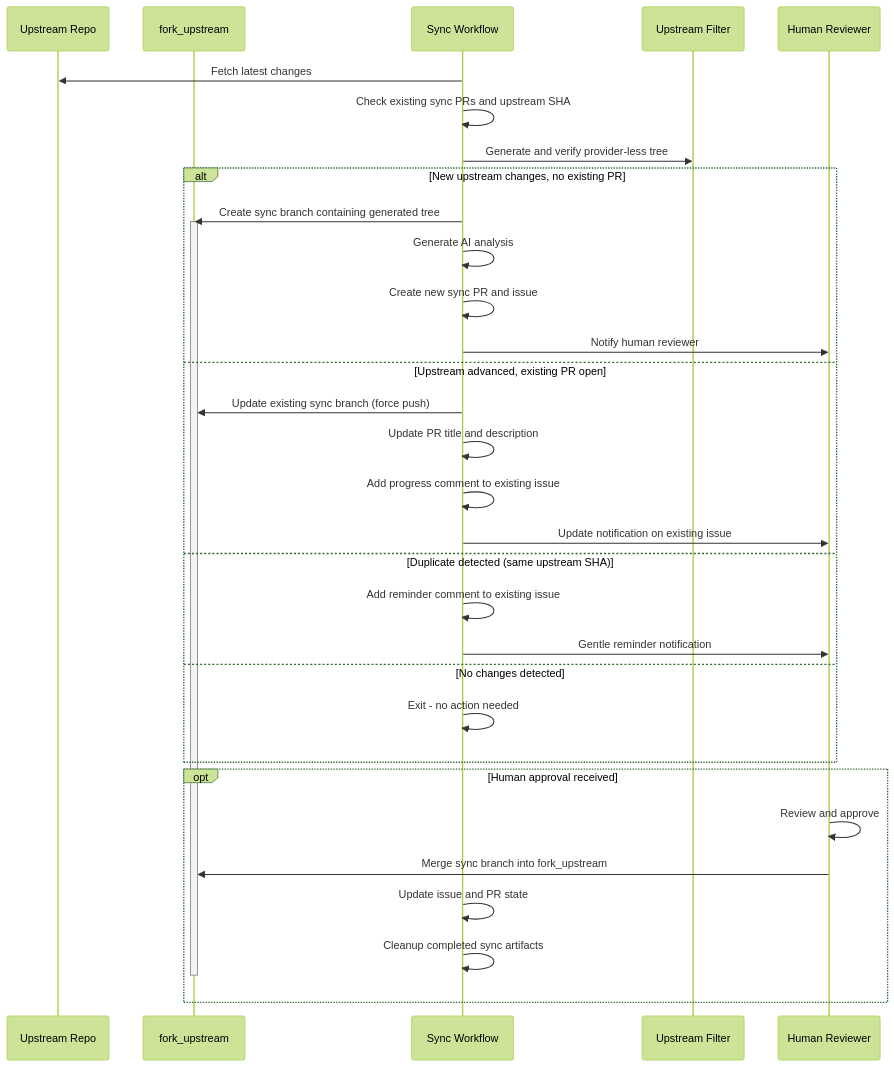
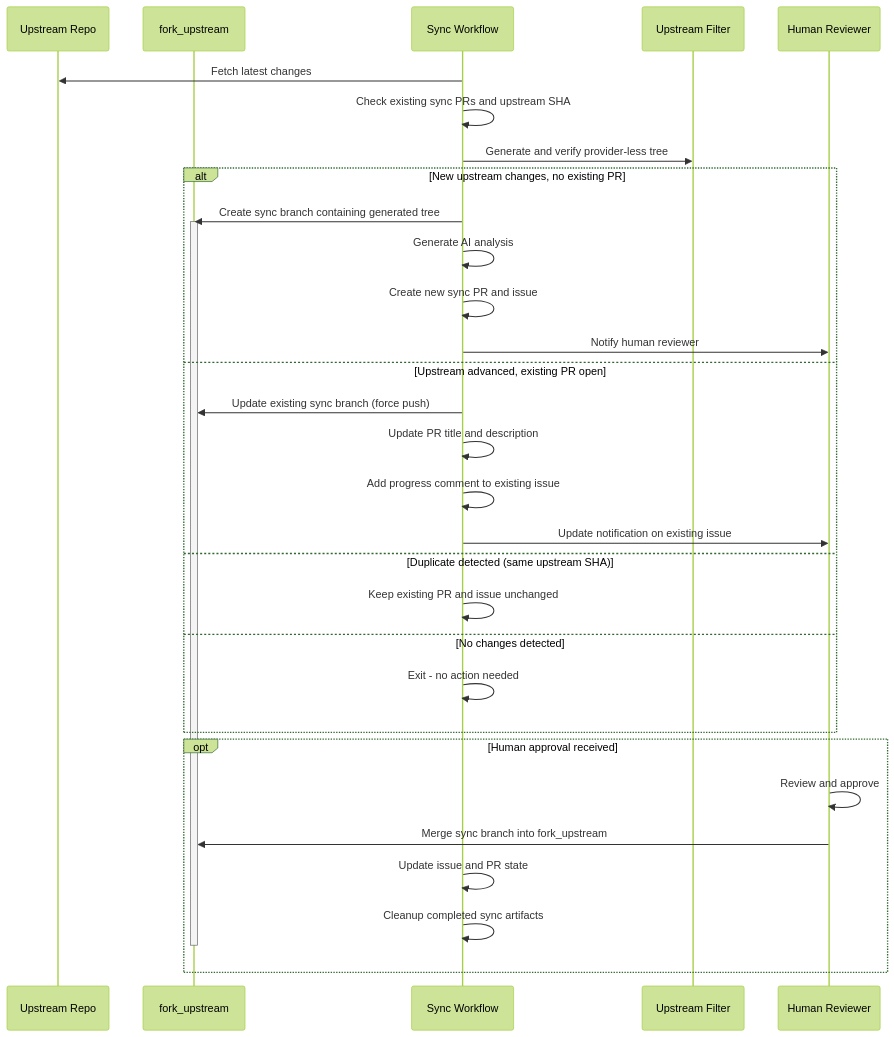
The second of 4 diagrams in doc/src/architecture/three_branch_strategy.md (Azure/osdu-spi), drawn with Mermaid (forest theme) before and after one commit. The commit also changed 6 other files, not shown here.

First line of the commit message:
fix: keep unchanged sync cycles silent

````diff
--- a/doc/src/architecture/three_branch_strategy.md
+++ b/doc/src/architecture/three_branch_strategy.md
@@ -76,38 +76,37 @@
 ```mermaid
 sequenceDiagram
     participant U as Upstream Repo
     participant FU as fork_upstream
     participant S as Sync Workflow
     participant F as Upstream Filter
     participant H as Human Reviewer
     
     S->>U: Fetch latest changes
     S->>S: Check existing sync PRs and upstream SHA
     S->>F: Generate and verify provider-less tree
     
     alt New upstream changes, no existing PR
         S->>FU: Create sync branch containing generated tree
         activate FU
         S->>S: Generate AI analysis
         S->>S: Create new sync PR and issue
         S->>H: Notify human reviewer
     else Upstream advanced, existing PR open
         S->>FU: Update existing sync branch (force push)
         S->>S: Update PR title and description
         S->>S: Add progress comment to existing issue
         S->>H: Update notification on existing issue
     else Duplicate detected (same upstream SHA)
-        S->>S: Add reminder comment to existing issue
-        S->>H: Gentle reminder notification
+        S->>S: Keep existing PR and issue unchanged
     else No changes detected
         S->>S: Exit - no action needed
     end
     
     opt Human approval received
         H->>H: Review and approve
         H->>FU: Merge sync branch into fork_upstream
         S->>S: Update issue and PR state
         S->>S: Cleanup completed sync artifacts
         deactivate FU
     end
 ```
````
